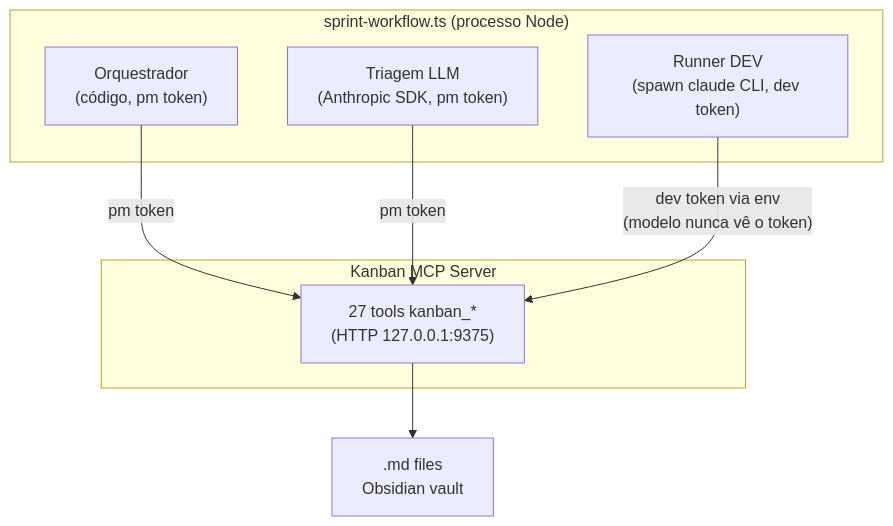
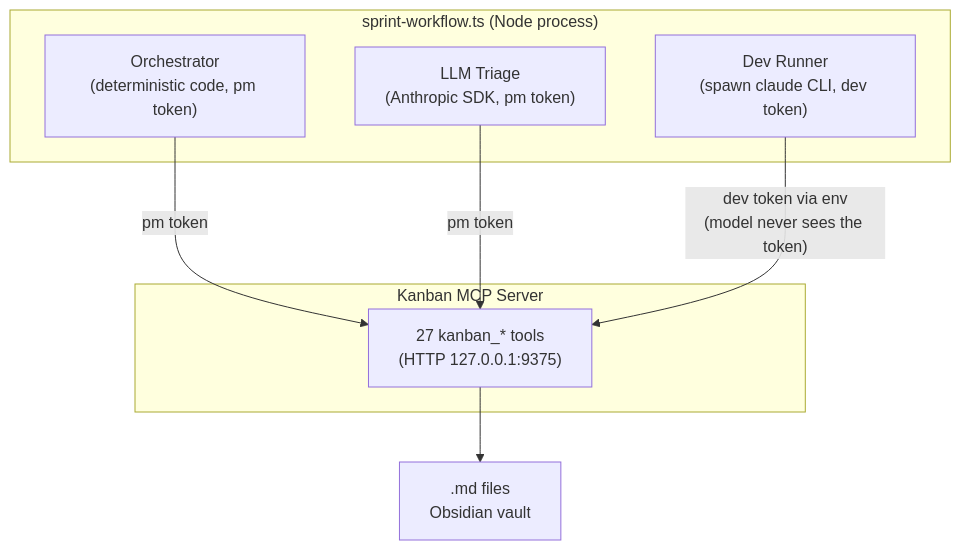
Before and after one commit to kauelopes/obsidianban: the fifth of 6 diagrams in README.md, drawn with Mermaid. The commit also changed other lines of this file, not shown here.

Commit message:
docs: translate README to English and simplify sprint sequence diagram

````diff
--- a/README.md
+++ b/README.md
@@ -189,18 +189,18 @@
 ```mermaid
 flowchart TB
-    subgraph WF["sprint-workflow.ts (processo Node)"]
-        ORC["Orquestrador\n(código, pm token)"]
-        TRI["Triagem LLM\n(Anthropic SDK, pm token)"]
-        RUN["Runner DEV\n(spawn claude CLI, dev token)"]
+    subgraph WF["sprint-workflow.ts (Node process)"]
+        ORC["Orchestrator\n(deterministic code, pm token)"]
+        TRI["LLM Triage\n(Anthropic SDK, pm token)"]
+        RUN["Dev Runner\n(spawn claude CLI, dev token)"]
     end
 
     subgraph SRV["Kanban MCP Server"]
-        TOOLS["27 tools kanban_*\n(HTTP 127.0.0.1:9375)"]
+        TOOLS["27 kanban_* tools\n(HTTP 127.0.0.1:9375)"]
     end
 
     ORC -->|"pm token"| TOOLS
     TRI -->|"pm token"| TOOLS
-    RUN -->|"dev token via env\n(modelo nunca vê o token)"| TOOLS
+    RUN -->|"dev token via env\n(model never sees the token)"| TOOLS
 
     TOOLS --> MD[".md files\nObsidian vault"]
 ```
````
